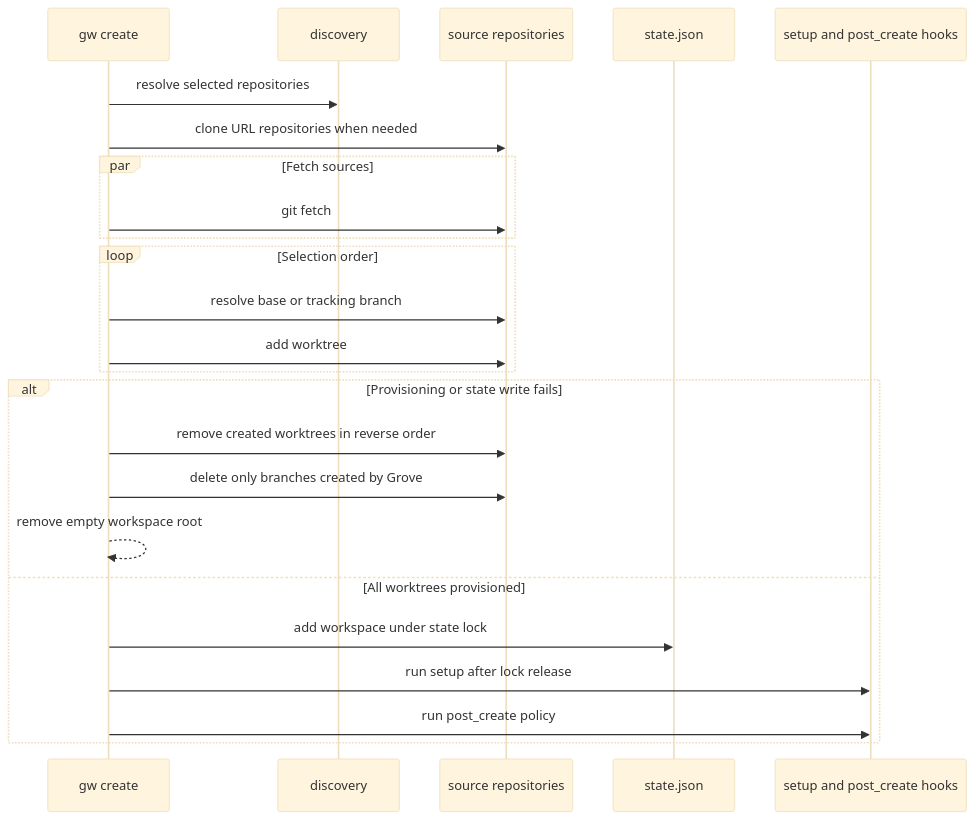
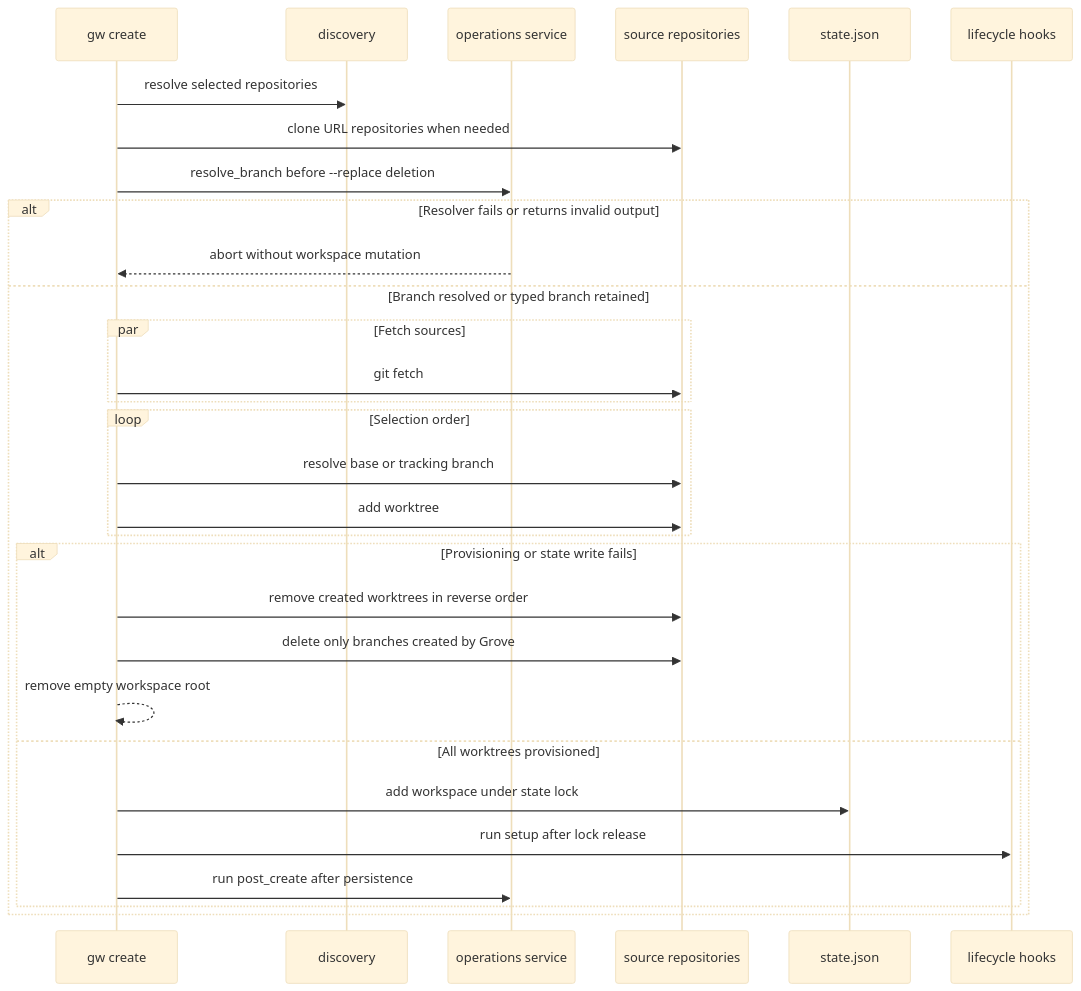
One commit to nicksenap/grove changed the first of 3 diagrams in openwiki/workflows.md. Above: the diagram before and after it, drawn with Mermaid (base theme). The commit also changed other lines of this file and 10 other files, not shown here.

````diff
--- a/openwiki/workflows.md
+++ b/openwiki/workflows.md
@@ -88,26 +64,32 @@
 ```mermaid
 sequenceDiagram
     participant CLI as gw create
     participant Disc as discovery
+    participant Ops as operations service
     participant Git as source repositories
     participant State as state.json
-    participant Hook as setup and post_create hooks
+    participant Hook as lifecycle hooks
     CLI->>Disc: resolve selected repositories
     CLI->>Git: clone URL repositories when needed
-    par Fetch sources
-        CLI->>Git: git fetch
-    end
-    loop Selection order
-        CLI->>Git: resolve base or tracking branch
-        CLI->>Git: add worktree
-    end
-    alt Provisioning or state write fails
-        CLI->>Git: remove created worktrees in reverse order
-        CLI->>Git: delete only branches created by Grove
-        CLI-->>CLI: remove empty workspace root
-    else All worktrees provisioned
-        CLI->>State: add workspace under state lock
-        CLI->>Hook: run setup after lock release
-        CLI->>Hook: run post_create policy
+    CLI->>Ops: resolve_branch before --replace deletion
+    alt Resolver fails or returns invalid output
+        Ops-->>CLI: abort without workspace mutation
+    else Branch resolved or typed branch retained
+        par Fetch sources
+            CLI->>Git: git fetch
+        end
+        loop Selection order
+            CLI->>Git: resolve base or tracking branch
+            CLI->>Git: add worktree
+        end
+        alt Provisioning or state write fails
+            CLI->>Git: remove created worktrees in reverse order
+            CLI->>Git: delete only branches created by Grove
+            CLI-->>CLI: remove empty workspace root
+        else All worktrees provisioned
+            CLI->>State: add workspace under state lock
+            CLI->>Hook: run setup after lock release
+            CLI->>Ops: run post_create after persistence
+        end
     end
 ```
````
